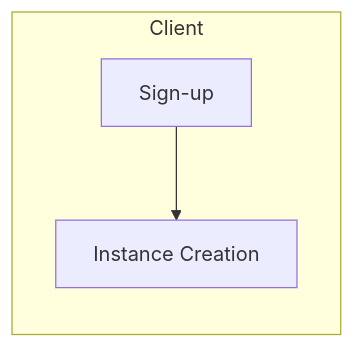
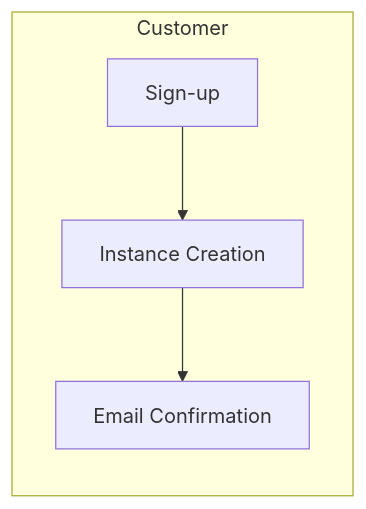
The first of 2 diagrams in design-docs/process-designs/registration-onboarding.md (Cecildt/multi-tenants-web-platform), drawn with Mermaid before and after one commit. The commit also changed other lines of this file and 4 other files, not shown here.

````diff
--- a/design-docs/process-designs/registration-onboarding.md
+++ b/design-docs/process-designs/registration-onboarding.md
@@ -23,8 +13,9 @@
 ```mermaid
 flowchart LR
-  subgraph Client
+  subgraph Customer
     Signup[Sign-up]
     Instance[Instance Creation]
+    Email[Email Confirmation]
   end
-  Signup-->Instance
+  Signup-->Instance-->Email
 ```
````
